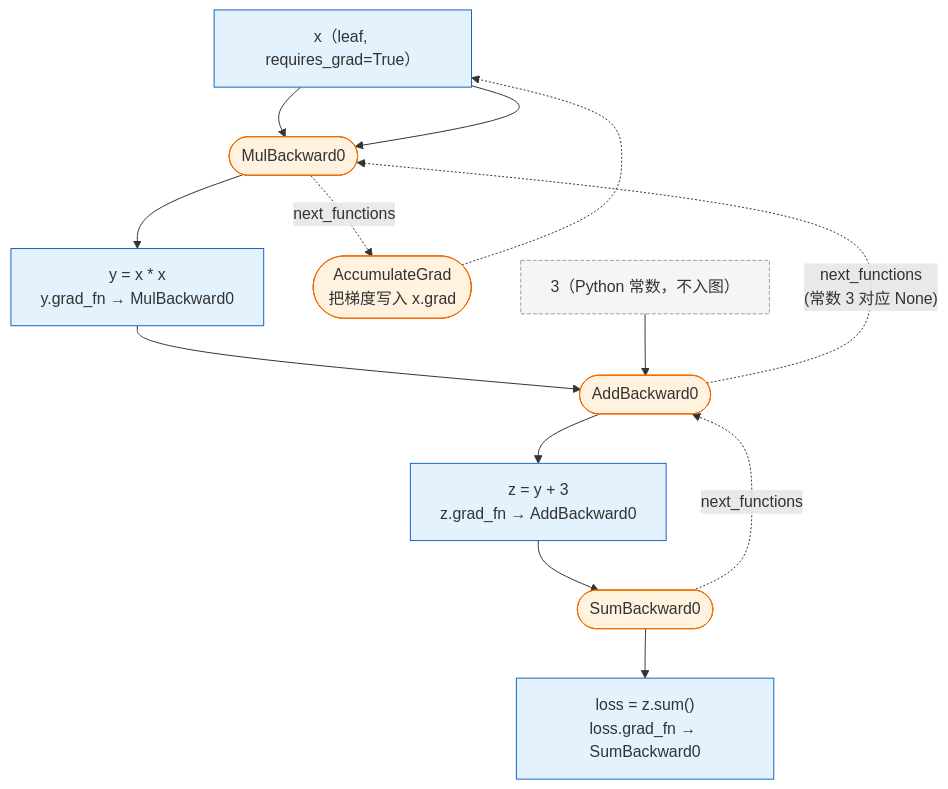
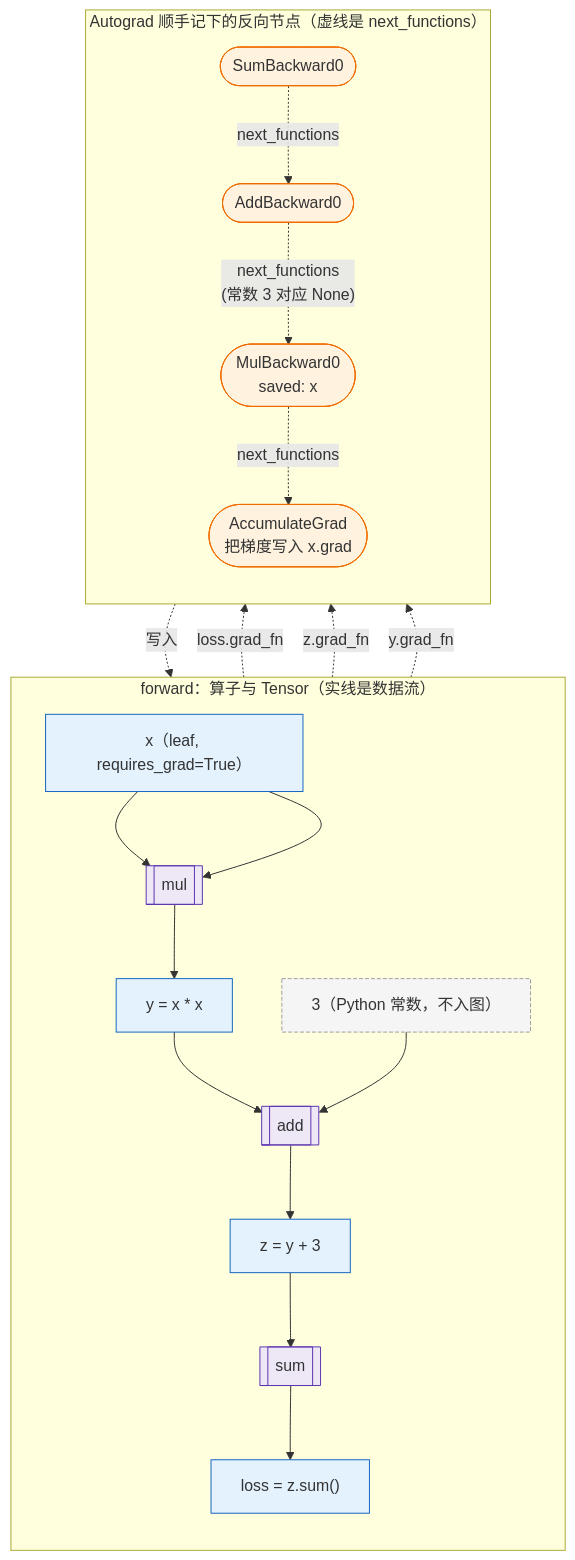
The first of 4 diagrams in _posts/2026-02-19-pytorch-autograd-and-dynamic-computation-graph.md (arganzheng/arganzheng.github.com), drawn with Mermaid before and after one commit. The commit also changed other lines of this file and 10 other files, not shown here.

````diff
--- a/_posts/2026-02-19-pytorch-autograd-and-dynamic-computation-graph.md
+++ b/_posts/2026-02-19-pytorch-autograd-and-dynamic-computation-graph.md
@@ -239,33 +239,42 @@
 ```mermaid
 flowchart TB
-    tX["x（leaf, requires_grad=True）"]
-    c3["3（Python 常数，不入图）"]
-    mul(["MulBackward0"])
-    add(["AddBackward0"])
-    sm(["SumBackward0"])
-    acc(["AccumulateGrad<br/>把梯度写入 x.grad"])
-    tY["y = x * x<br/>y.grad_fn → MulBackward0"]
-    tZ["z = y + 3<br/>z.grad_fn → AddBackward0"]
-    tL["loss = z.sum()<br/>loss.grad_fn → SumBackward0"]
-
-    tX --> mul
-    tX --> mul
-    mul --> tY
-    tY --> add
-    c3 --> add
-    add --> tZ
-    tZ --> sm
-    sm --> tL
-
-    sm -.->|"next_functions"| add
-    add -.->|"next_functions<br/>(常数 3 对应 None)"| mul
-    mul -.->|"next_functions"| acc
-    acc -.-> tX
+    subgraph fwd["forward：算子与 Tensor（实线是数据流）"]
+        direction TB
+        tX["x（leaf, requires_grad=True）"]
+        c3["3（Python 常数，不入图）"]
+        opMul[["mul"]]
+        opAdd[["add"]]
+        opSum[["sum"]]
+        tY["y = x * x"]
+        tZ["z = y + 3"]
+        tL["loss = z.sum()"]
+        tX --> opMul
+        tX --> opMul
+        opMul --> tY --> opAdd
+        c3 --> opAdd
+        opAdd --> tZ --> opSum --> tL
+    end
+    subgraph bwd["Autograd 顺手记下的反向节点（虚线是 next_functions）"]
+        direction TB
+        sm(["SumBackward0"])
+        add(["AddBackward0"])
+        mul(["MulBackward0<br/>saved: x"])
+        acc(["AccumulateGrad<br/>把梯度写入 x.grad"])
+        sm -.->|"next_functions"| add
+        add -.->|"next_functions<br/>(常数 3 对应 None)"| mul
+        mul -.->|"next_functions"| acc
+    end
+    tL -. "loss.grad_fn" .-> sm
+    tZ -. "z.grad_fn" .-> add
+    tY -. "y.grad_fn" .-> mul
+    acc -. "写入" .-> tX
 
     classDef tensor fill:#e3f2fd,stroke:#1565c0;
+    classDef op fill:#ede7f6,stroke:#5e35b1;
     classDef gradfn fill:#fff3e0,stroke:#ef6c00;
     classDef const fill:#f5f5f5,stroke:#9e9e9e,stroke-dasharray:4 2;
     class tX,tY,tZ,tL tensor;
+    class opMul,opAdd,opSum op;
     class mul,add,sm,acc gradfn;
     class c3 const;
 ```
````
